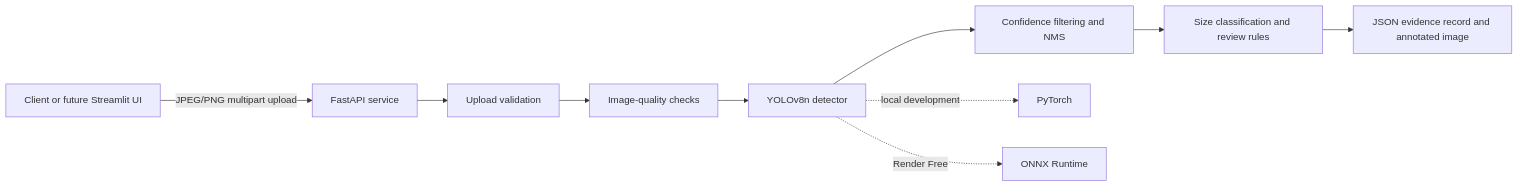
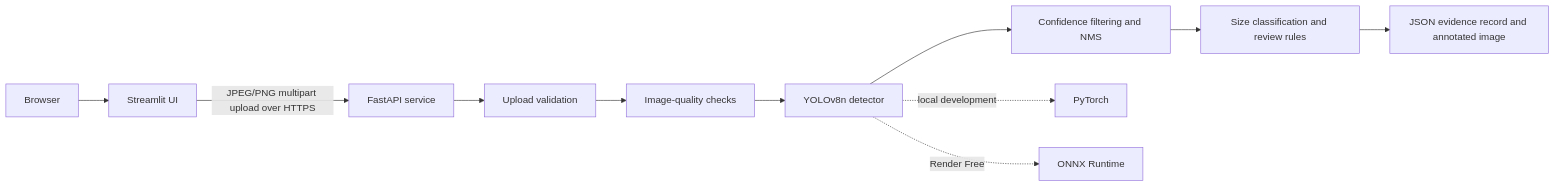
One commit to ZahraAbbas595/cvision-box-intake changed the diagram in README.md. Above: the diagram before and after it, drawn with Mermaid. The commit also changed other lines of this file and 11 other files, not shown here.

````diff
--- a/README.md
+++ b/README.md
@@ -53,12 +53,13 @@
 ```mermaid
 flowchart LR
-    U["Client or future Streamlit UI"] -->|"JPEG/PNG multipart upload"| A["FastAPI service"]
+    U["Browser"] --> S["Streamlit UI"]
+    S -->|"JPEG/PNG multipart upload over HTTPS"| A["FastAPI service"]
     A --> V["Upload validation"]
     V --> Q["Image-quality checks"]
     Q --> D["YOLOv8n detector"]
     D --> P["Confidence filtering and NMS"]
     P --> R["Size classification and review rules"]
     R --> E["JSON evidence record and annotated image"]
     D -. "local development" .-> T["PyTorch"]
     D -. "Render Free" .-> O["ONNX Runtime"]
 ```
````
